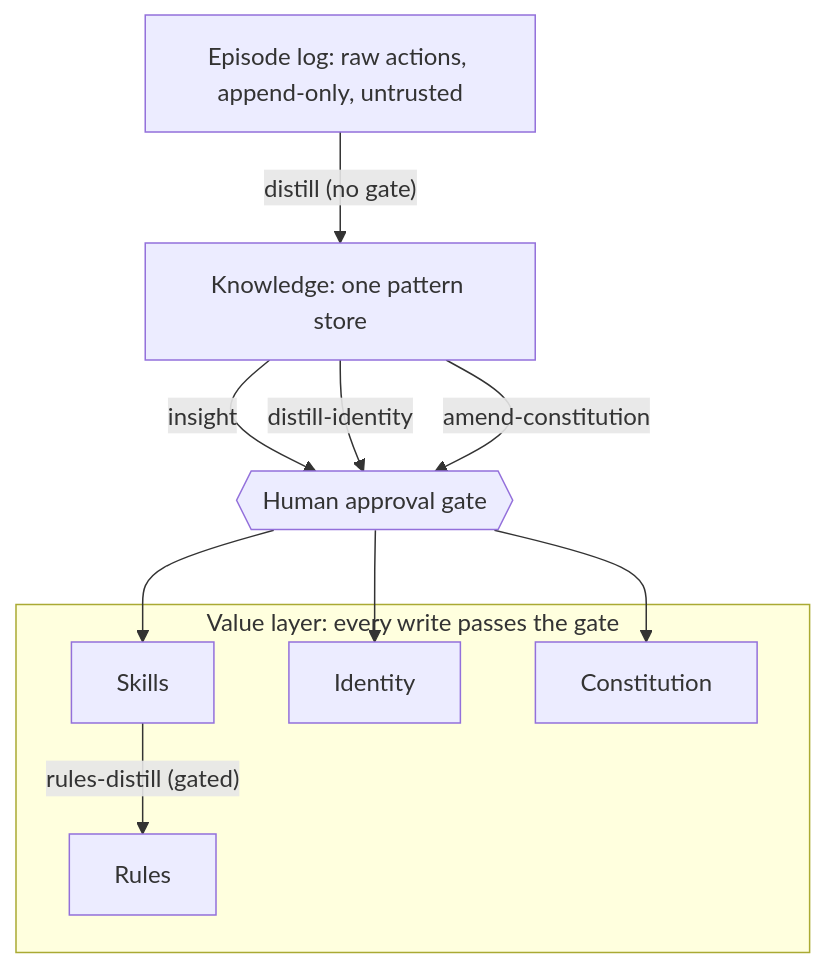
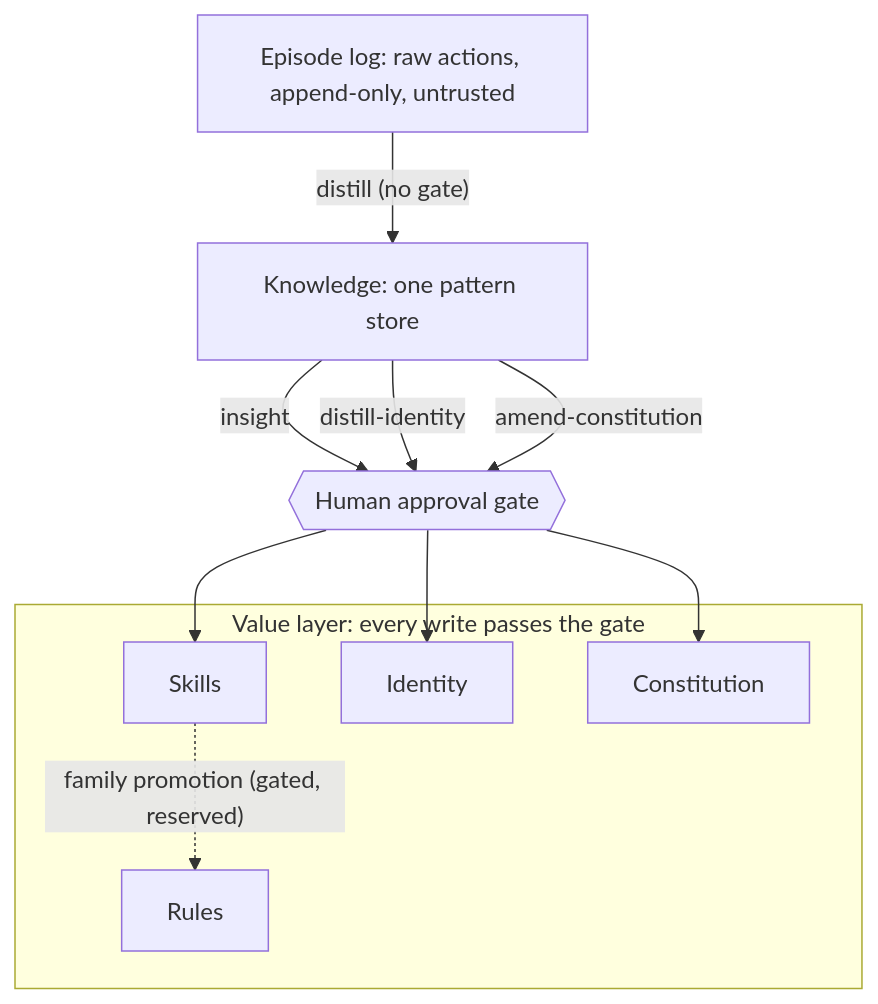
The diagram in README.md (shimo4228/contemplative-agent), drawn with Mermaid before and after one commit. The commit also changed other lines of this file and 73 other files, not shown here.

````diff
--- a/README.md
+++ b/README.md
@@ -46,18 +46,18 @@
 ```mermaid
 graph TD
     EL["Episode log: raw actions, append-only, untrusted"]
     K["Knowledge: one pattern store"]
     G{{"Human approval gate"}}
     EL -->|"distill (no gate)"| K
     K -->|insight| G
     K -->|distill-identity| G
     K -->|amend-constitution| G
     subgraph VL["Value layer: every write passes the gate"]
-        Skills -->|"rules-distill (gated)"| Rules
+        Skills -.->|"family promotion (gated, reserved)"| Rules
         Identity
         Constitution
     end
     G --> Skills
     G --> Identity
     G --> Constitution
 ```
````
